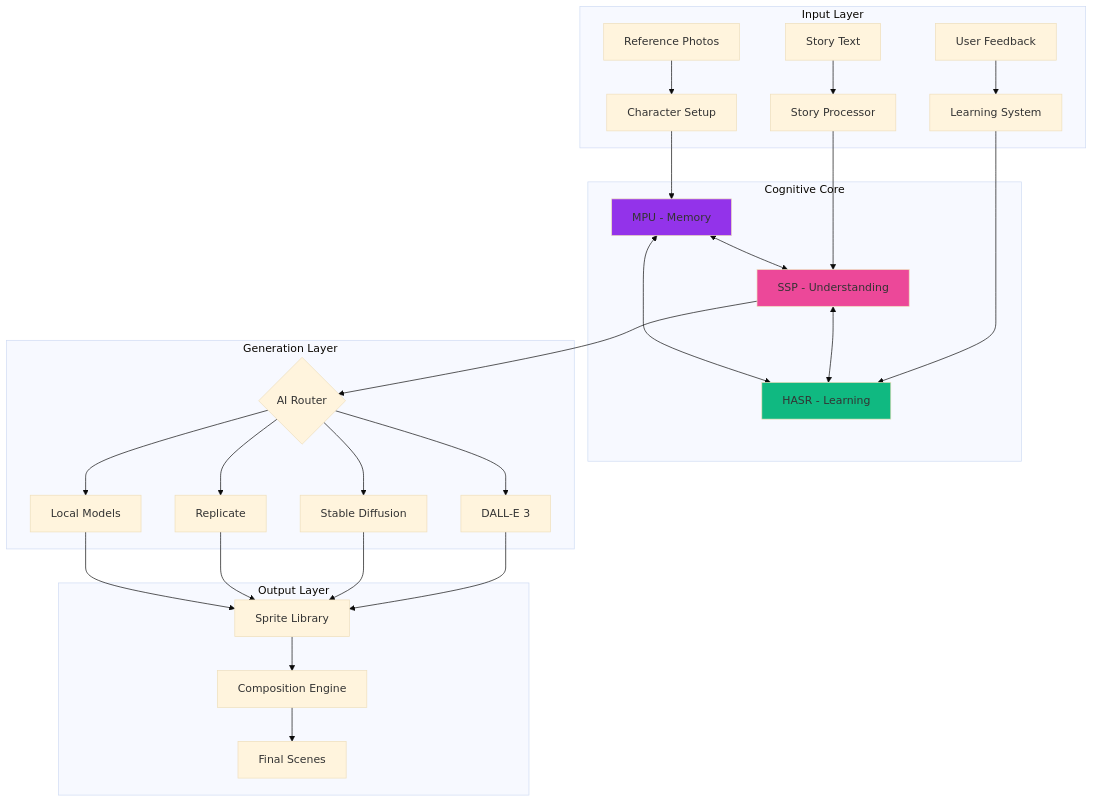
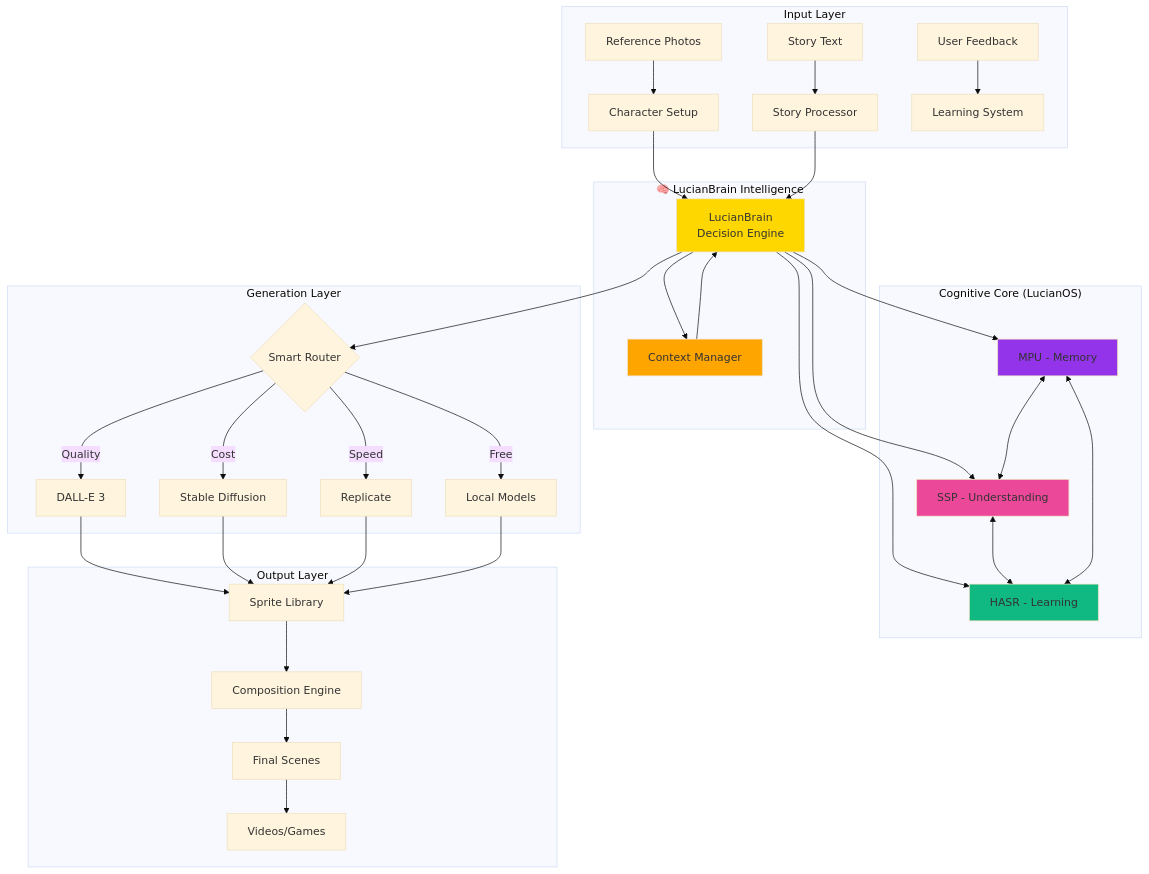
The first of 2 diagrams in README.md (alright-alright/LucianMirror), drawn with Mermaid (base theme) before and after one commit. The commit also changed other lines of this file, not shown here.

First line of the commit message:
docs: Complete README with LucianBrain intelligence system

````diff
--- a/README.md
+++ b/README.md
@@ -59,38 +67,48 @@
 ```mermaid
 graph TB
     subgraph "Input Layer"
         A[Reference Photos] --> B[Character Setup]
         C[Story Text] --> D[Story Processor]
         E[User Feedback] --> F[Learning System]
     end
     
-    subgraph "Cognitive Core"
-        B --> G[MPU - Memory]
-        D --> H[SSP - Understanding]
-        F --> I[HASR - Learning]
+    subgraph "🧠 LucianBrain Intelligence"
+        B --> BRAIN[LucianBrain<br/>Decision Engine]
+        D --> BRAIN
+        BRAIN --> CTX[Context Manager]
+        CTX --> BRAIN
+    end
+    
+    subgraph "Cognitive Core (LucianOS)"
+        BRAIN --> G[MPU - Memory]
+        BRAIN --> H[SSP - Understanding]
+        BRAIN --> I[HASR - Learning]
         G <--> H
         H <--> I
         I <--> G
     end
     
     subgraph "Generation Layer"
-        H --> J{AI Router}
-        J --> K[DALL-E 3]
-        J --> L[Stable Diffusion]
-        J --> M[Replicate]
-        J --> N[Local Models]
+        BRAIN --> J{Smart Router}
+        J -->|Quality| K[DALL-E 3]
+        J -->|Cost| L[Stable Diffusion]
+        J -->|Speed| M[Replicate]
+        J -->|Free| N[Local Models]
     end
     
     subgraph "Output Layer"
         K --> O[Sprite Library]
         L --> O
         M --> O
         N --> O
         O --> P[Composition Engine]
         P --> Q[Final Scenes]
+        Q --> R[Videos/Games]
     end
     
+    style BRAIN fill:#FFD700
+    style CTX fill:#FFA500
     style G fill:#9333ea
     style H fill:#ec4899
     style I fill:#10b981
 ```
````
